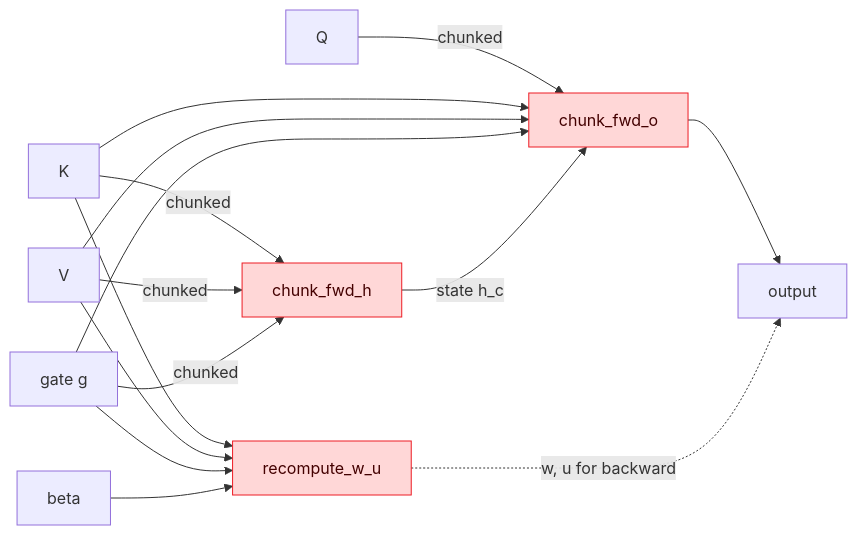
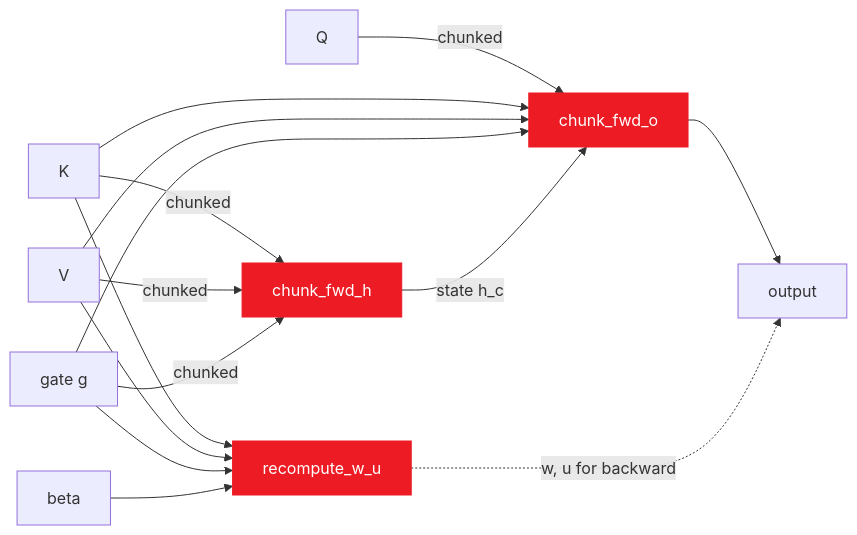
Before and after one commit to yhinai/Theorem: the diagram in README.md, drawn with Mermaid. The commit also changed other lines of this file, not shown here.

````diff
--- a/README.md
+++ b/README.md
@@ -119,19 +50,19 @@
 ```mermaid
 flowchart LR
     Q[Q] -->|chunked| O[chunk_fwd_o]
     K[K] -->|chunked| H[chunk_fwd_h]
     V[V] -->|chunked| H
     G[gate g] -->|chunked| H
     K --> WU[recompute_w_u]
     V --> WU
     G --> WU
     BETA[beta] --> WU
     K --> O
     V --> O
     G --> O
     H -->|state h_c| O
     O --> OUT[output]
     WU -.->|w, u for backward| OUT
-    classDef k fill:#FFD7D7,stroke:#ED1C24,color:#400,stroke-width:1px
+    classDef k fill:#ED1C24,stroke:#ED1C24,color:#fff,stroke-width:1px
     class O,H,WU k
 ```
````
